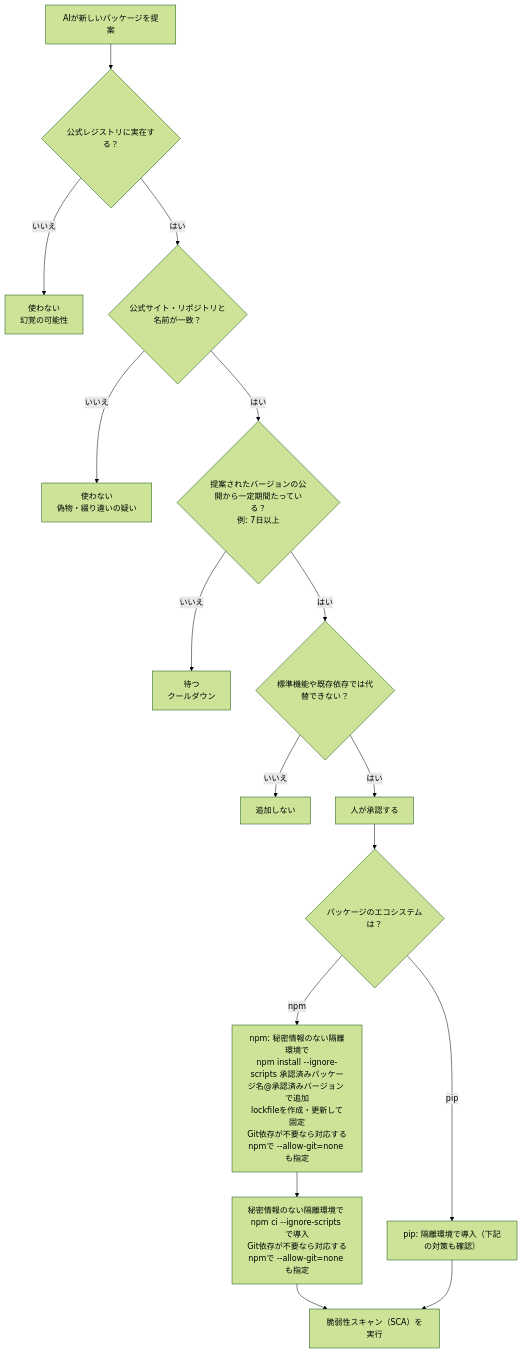
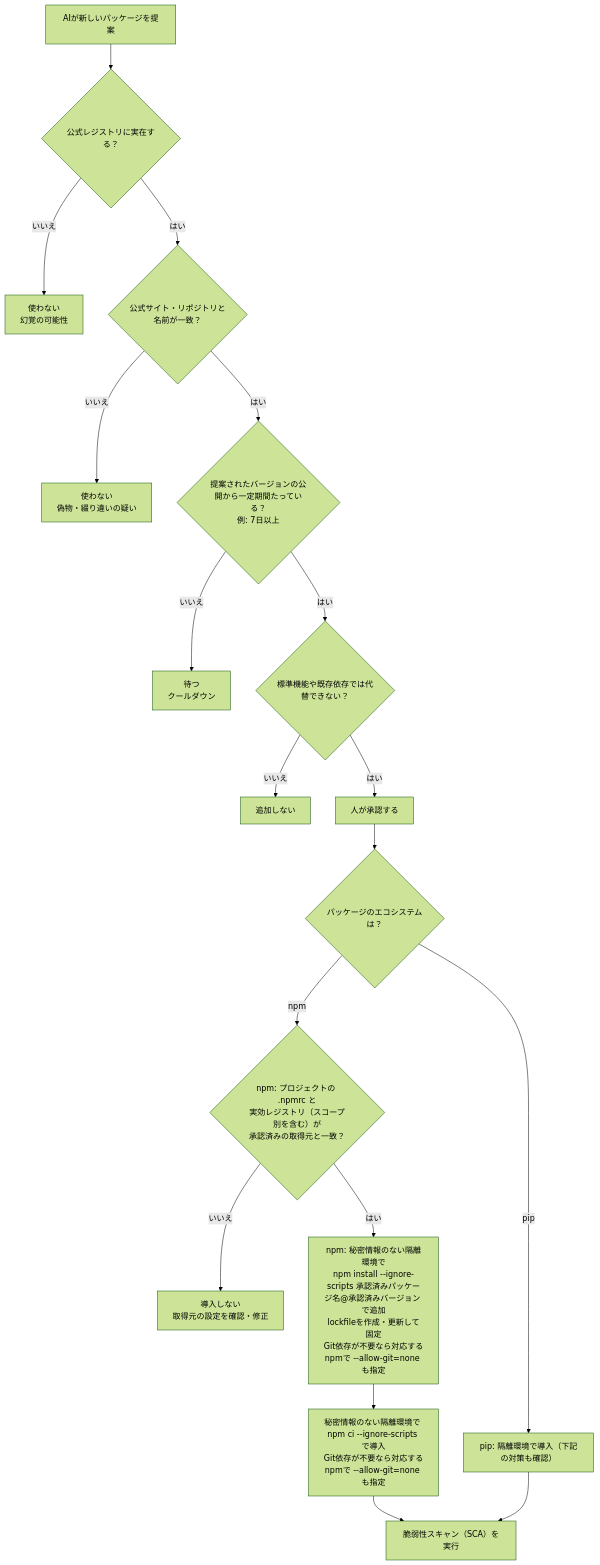
Before and after one commit to myoshi2891/Security_Studies: the sixth of 9 diagrams in Ai-coding-safety-guide.md, drawn with Mermaid (forest theme). The commit also changed other lines of this file, not shown here.

Commit message:
docs(ai-coding): verify effective npm registry in dependency flowchart

````diff
--- a/Ai-coding-safety-guide.md
+++ b/Ai-coding-safety-guide.md
@@ -484,18 +484,20 @@
 ```mermaid
 flowchart TD
     A["AIが新しいパッケージを提案"] --> B{"公式レジストリに実在する？"}
     B -->|"いいえ"| X1["使わない<br/>幻覚の可能性"]
     B -->|"はい"| C{"公式サイト・リポジトリと名前が一致？"}
     C -->|"いいえ"| X2["使わない<br/>偽物・綴り違いの疑い"]
     C -->|"はい"| D{"提案されたバージョンの公開から一定期間たっている？<br/>例: 7日以上"}
     D -->|"いいえ"| X3["待つ<br/>クールダウン"]
     D -->|"はい"| E{"標準機能や既存依存では代替できない？"}
     E -->|"いいえ"| X4["追加しない"]
     E -->|"はい"| F["人が承認する"]
     F --> P{"パッケージのエコシステムは？"}
-    P -->|"npm"| G["npm: 秘密情報のない隔離環境で<br/>npm install --ignore-scripts 承認済みパッケージ名@承認済みバージョン で追加<br/>lockfileを作成・更新して固定<br/>Git依存が不要なら対応するnpmで --allow-git=none も指定"]
+    P -->|"npm"| R{"npm: プロジェクトの .npmrc と<br/>実効レジストリ（スコープ別を含む）が<br/>承認済みの取得元と一致？"}
+    R -->|"いいえ"| X5["導入しない<br/>取得元の設定を確認・修正"]
+    R -->|"はい"| G["npm: 秘密情報のない隔離環境で<br/>npm install --ignore-scripts 承認済みパッケージ名@承認済みバージョン で追加<br/>lockfileを作成・更新して固定<br/>Git依存が不要なら対応するnpmで --allow-git=none も指定"]
     G --> H["秘密情報のない隔離環境で npm ci --ignore-scripts で導入<br/>Git依存が不要なら対応するnpmで --allow-git=none も指定"]
     H --> I["脆弱性スキャン（SCA）を実行"]
     P -->|"pip"| J["pip: 隔離環境で導入（下記の対策も確認）"]
     J --> I
 ```
````
